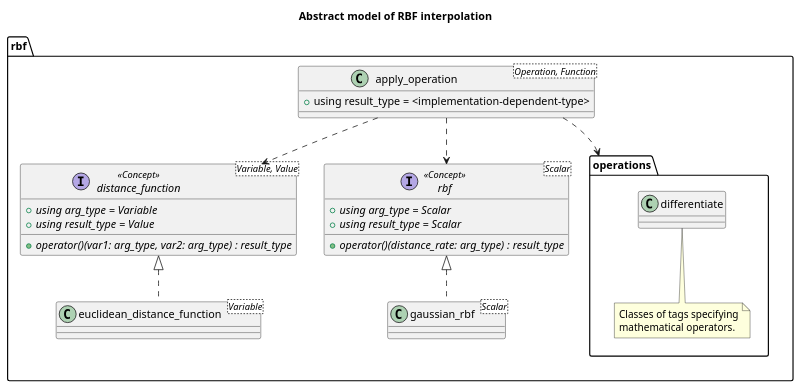
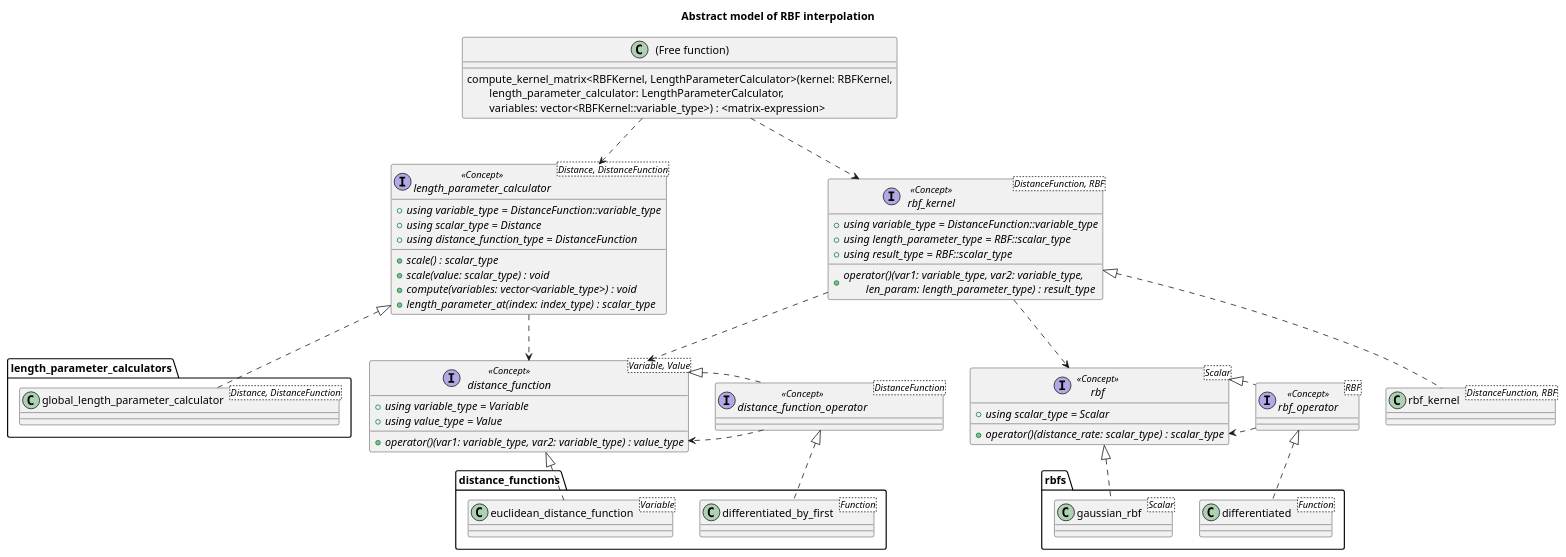
Before and after one commit to MusicScience37/numerical-collection-cpp: the diagram in doc/sphinx/src/basic_design/uml/interp/rbf.puml, drawn with PlantUML.

Commit message:
:construction: Writing design of new version of RBF implementation.

```diff
--- a/doc/sphinx/src/basic_design/uml/interp/rbf.puml
+++ b/doc/sphinx/src/basic_design/uml/interp/rbf.puml
@@ -1,41 +1,78 @@
 @startuml rbf
 
 title Abstract model of RBF interpolation
 
-package rbf {
-
+together {
     interface distance_function <Variable, Value> <<Concept>> {
-        {abstract} + using arg_type = Variable
-        {abstract} + using result_type = Value
-        {abstract} + operator()(var1: arg_type, var2: arg_type) : result_type
+        {abstract} + using variable_type = Variable
+        {abstract} + using value_type = Value
+        {abstract} + operator()(var1: variable_type, var2: variable_type) : value_type
     }
 
+    interface distance_function_operator <DistanceFunction> <<Concept>>
+}
+distance_function_operator .> distance_function
+distance_function <|. distance_function_operator
+
+package distance_functions {
     class euclidean_distance_function<Variable>
     distance_function <|.. euclidean_distance_function
 
+    class differentiated_by_first <Function>
+    distance_function_operator <|.. differentiated_by_first
+}
+
+together {
     interface rbf <Scalar> <<Concept>> {
-        {abstract} + using arg_type = Scalar
-        {abstract} + using result_type = Scalar
-        {abstract} + operator()(distance_rate: arg_type) : result_type
+        {abstract} + using scalar_type = Scalar
+        {abstract} + operator()(distance_rate: scalar_type) : scalar_type
     }
 
-    class gaussian_rbf<Scalar>
+    interface rbf_operator <RBF> <<Concept>>
+}
+rbf_operator .> rbf
+rbf <|. rbf_operator
+
+package rbfs {
+    class gaussian_rbf <Scalar>
     rbf <|.. gaussian_rbf
 
-    package operations {
-
-        class differentiate
-        note bottom : Classes of tags specifying\nmathematical operators.
-
-    }
-
-    class apply_operation <Operation, Function> {
-        + using result_type = <implementation-dependent-type>
-    }
-    apply_operation ..> distance_function
-    apply_operation ..> rbf
-    apply_operation ..> operations
-
+    class differentiated <Function>
+    rbf_operator <|.. differentiated
 }
 
+interface length_parameter_calculator <Distance, DistanceFunction> <<Concept>> {
+    {abstract} + using variable_type = DistanceFunction::variable_type
+    {abstract} + using scalar_type = Distance
+    {abstract} + using distance_function_type = DistanceFunction
+    {abstract} + scale() : scalar_type
+    {abstract} + scale(value: scalar_type) : void
+    {abstract} + compute(variables: vector<variable_type>) : void
+    {abstract} + length_parameter_at(index: index_type) : scalar_type
+}
+length_parameter_calculator ..> distance_function
+
+package length_parameter_calculators {
+    class global_length_parameter_calculator <Distance, DistanceFunction>
+    length_parameter_calculator <|.. global_length_parameter_calculator
+}
+
+interface rbf_kernel <DistanceFunction, RBF> <<Concept>> {
+    {abstract} + using variable_type = DistanceFunction::variable_type
+    {abstract} + using length_parameter_type = RBF::scalar_type
+    {abstract} + using result_type = RBF::scalar_type
+    {abstract} + operator()(var1: variable_type, var2: variable_type,\n\tlen_param: length_parameter_type) : result_type
+}
+rbf_kernel ..> distance_function
+rbf_kernel ..> rbf
+
+class "rbf_kernel" as rbf_kernel_impl <DistanceFunction, RBF>
+rbf_kernel <|.. rbf_kernel_impl
+
+class "(Free function)" as kernel_matrix_calculator {
+    compute_kernel_matrix<RBFKernel, LengthParameterCalculator>(kernel: RBFKernel,\n\tlength_parameter_calculator: LengthParameterCalculator,\n\tvariables: vector<RBFKernel::variable_type>) : <matrix-expression>
+}
+kernel_matrix_calculator ..> rbf_kernel
+kernel_matrix_calculator ..> length_parameter_calculator
+
 @enduml
```
